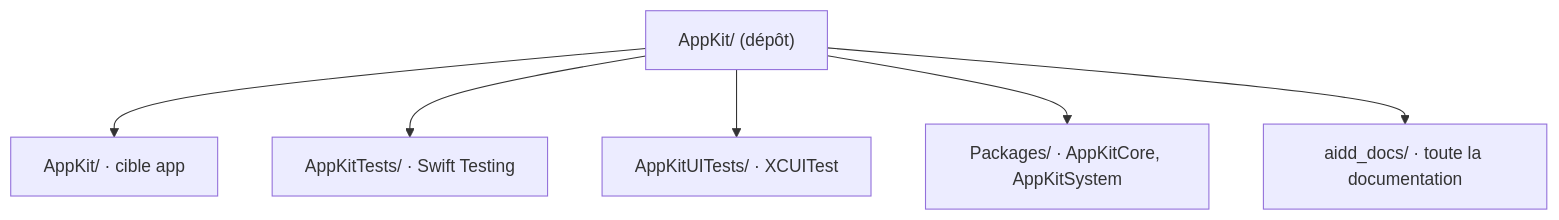
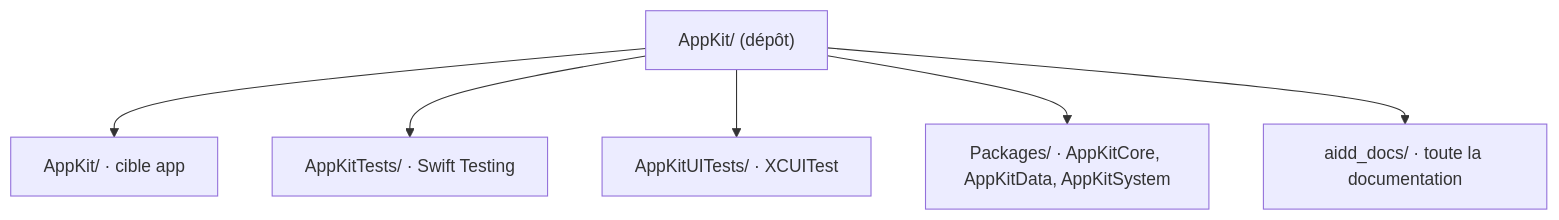
One commit to yanix2445/AppKit changed the diagram in aidd_docs/memory/codebase-map.md. Above: the diagram before and after it, drawn with Mermaid. The commit also changed other lines of this file and 38 other files, not shown here.

````diff
--- a/aidd_docs/memory/codebase-map.md
+++ b/aidd_docs/memory/codebase-map.md
@@ -5,8 +5,8 @@
 ```mermaid
 flowchart TD
   Root["AppKit/ (dépôt)"] --> App["AppKit/ · cible app"]
   Root --> Tests["AppKitTests/ · Swift Testing"]
   Root --> UITests["AppKitUITests/ · XCUITest"]
-  Root --> Packages["Packages/ · AppKitCore, AppKitSystem"]
+  Root --> Packages["Packages/ · AppKitCore, AppKitData, AppKitSystem"]
   Root --> Aidd["aidd_docs/ · toute la documentation"]
 ```
````
